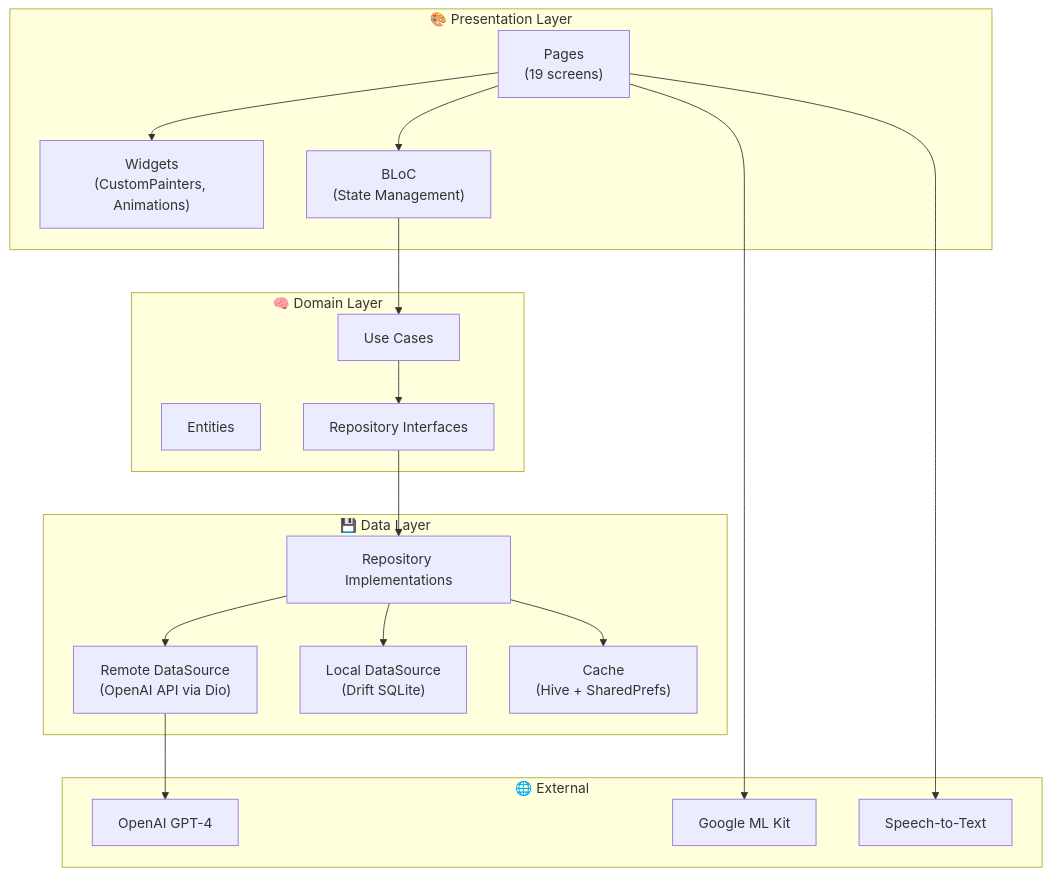
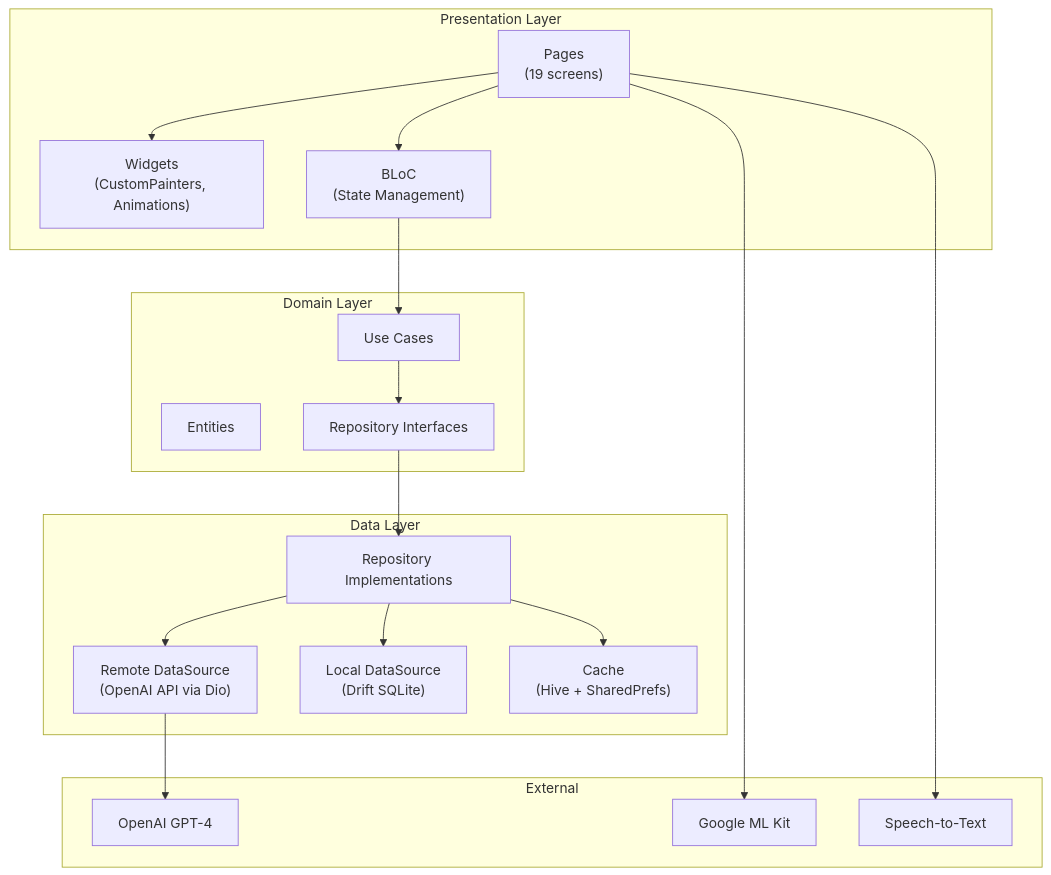
One commit to TeeChannuttee/Lab-Exam-2---InterviewAce-6614110001 changed the first of 2 diagrams in README.md. Above: the diagram before and after it, drawn with Mermaid. The commit also changed other lines of this file, not shown here.

````diff
--- a/README.md
+++ b/README.md
@@ -71,39 +71,39 @@
 ```mermaid
 graph TB
-    subgraph Presentation["🎨 Presentation Layer"]
+    subgraph Presentation["Presentation Layer"]
         Pages["Pages<br/>(19 screens)"]
         Widgets["Widgets<br/>(CustomPainters, Animations)"]
         BLoC["BLoC<br/>(State Management)"]
     end
 
-    subgraph Domain["🧠 Domain Layer"]
+    subgraph Domain["Domain Layer"]
         Entities["Entities"]
         UseCases["Use Cases"]
         Repos["Repository Interfaces"]
     end
 
-    subgraph Data["💾 Data Layer"]
+    subgraph Data["Data Layer"]
         Remote["Remote DataSource<br/>(OpenAI API via Dio)"]
         Local["Local DataSource<br/>(Drift SQLite)"]
         Cache["Cache<br/>(Hive + SharedPrefs)"]
         RepoImpl["Repository Implementations"]
     end
 
-    subgraph External["🌐 External"]
+    subgraph External["External"]
         OpenAI["OpenAI GPT-4"]
         MLKit["Google ML Kit"]
         STT["Speech-to-Text"]
     end
 
     Pages --> BLoC
     Pages --> Widgets
     BLoC --> UseCases
     UseCases --> Repos
     Repos --> RepoImpl
     RepoImpl --> Remote
     RepoImpl --> Local
     RepoImpl --> Cache
     Remote --> OpenAI
     Pages --> MLKit
     Pages --> STT
 ```
````
